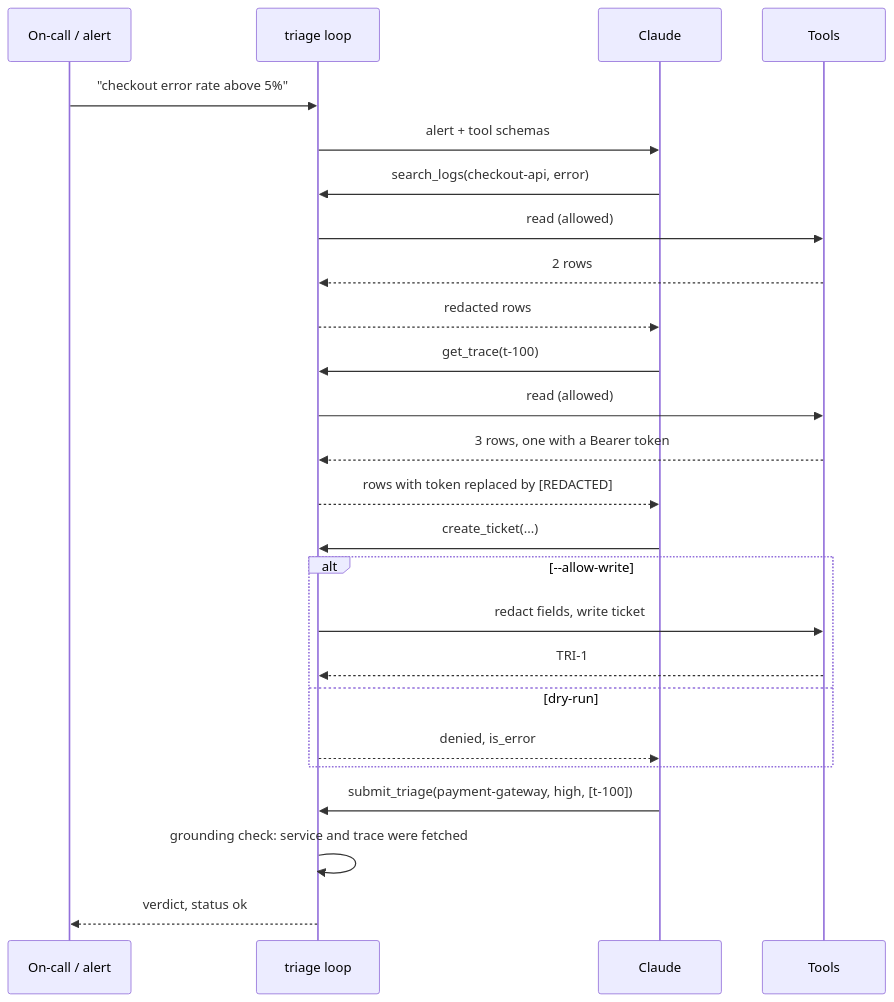
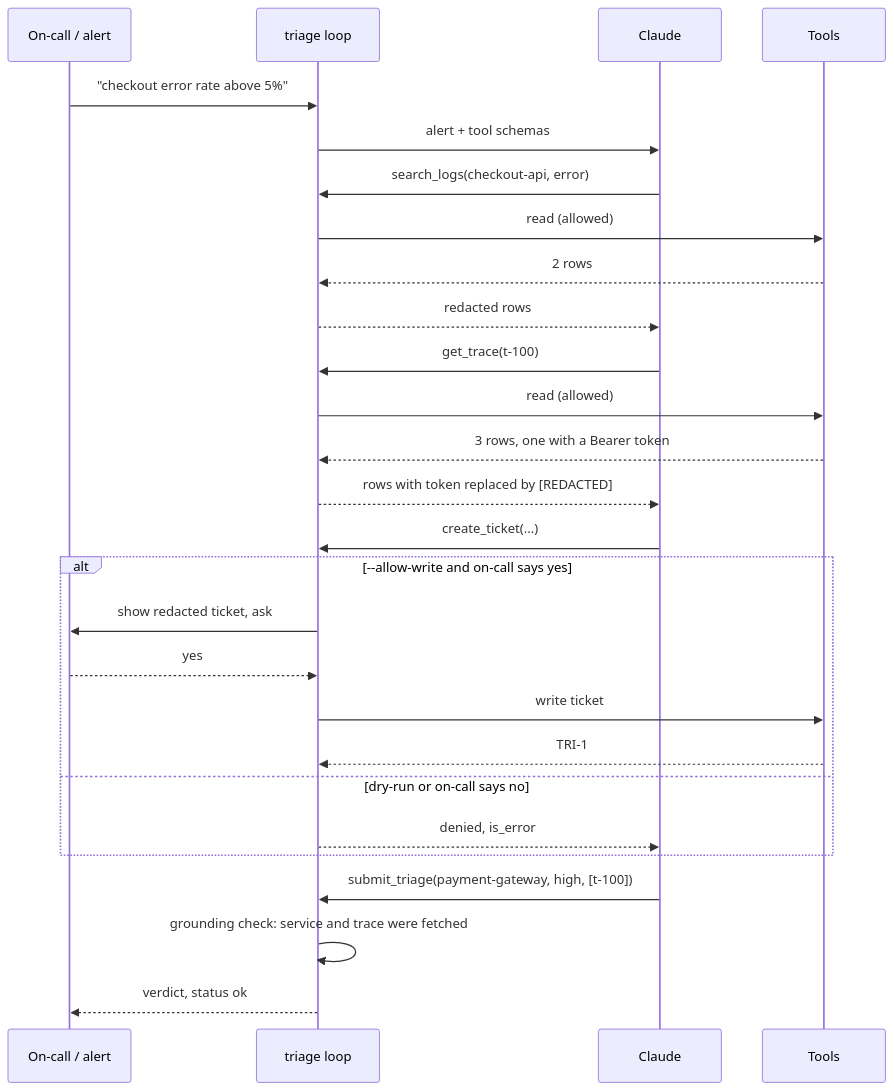
Before and after one commit to YourWisemaker/ai-workflow: the diagram in docs/architecture.md, drawn with Mermaid. The commit also changed other lines of this file and 16 other files, not shown here.

````diff
--- a/docs/architecture.md
+++ b/docs/architecture.md
@@ -13,27 +13,29 @@
 ```mermaid
 sequenceDiagram
     participant U as On-call / alert
     participant L as triage loop
     participant M as Claude
     participant T as Tools
     U->>L: "checkout error rate above 5%"
     L->>M: alert + tool schemas
     M->>L: search_logs(checkout-api, error)
     L->>T: read (allowed)
     T-->>L: 2 rows
     L-->>M: redacted rows
     M->>L: get_trace(t-100)
     L->>T: read (allowed)
     T-->>L: 3 rows, one with a Bearer token
     L-->>M: rows with token replaced by [REDACTED]
     M->>L: create_ticket(...)
-    alt --allow-write
-        L->>T: redact fields, write ticket
+    alt --allow-write and on-call says yes
+        L->>U: show redacted ticket, ask
+        U-->>L: yes
+        L->>T: write ticket
         T-->>L: TRI-1
-    else dry-run
+    else dry-run or on-call says no
         L-->>M: denied, is_error
     end
     M->>L: submit_triage(payment-gateway, high, [t-100])
     L->>L: grounding check: service and trace were fetched
     L-->>U: verdict, status ok
 ```
````
